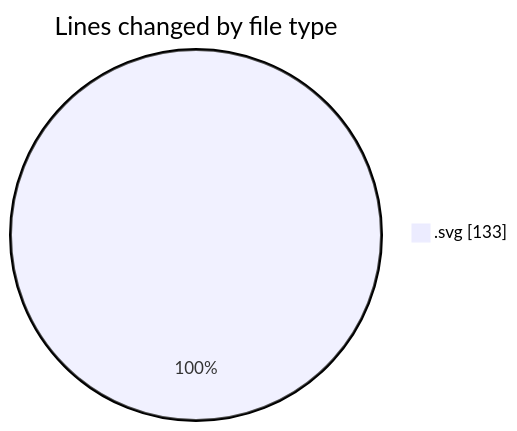
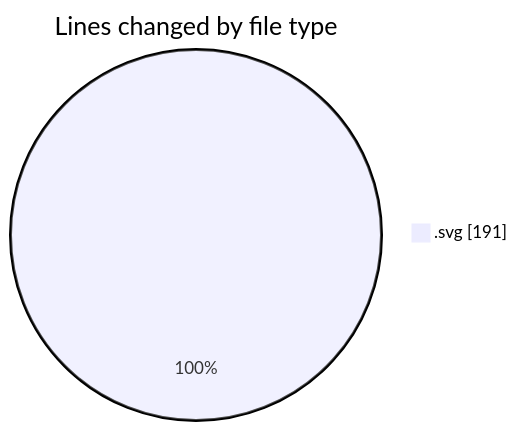
Before and after one commit to EIIisD/code-tracking: the first of 2 diagrams in 2025-07-11/braintubers/README.md, drawn with Mermaid. The commit also changed other lines of this file and 1 other file, not shown here.

````diff
--- a/2025-07-11/braintubers/README.md
+++ b/2025-07-11/braintubers/README.md
@@ -21,5 +21,5 @@
 ```mermaid
 pie showData
 title Lines changed by file type
-".svg" : 133
+".svg" : 191
 ```
````
